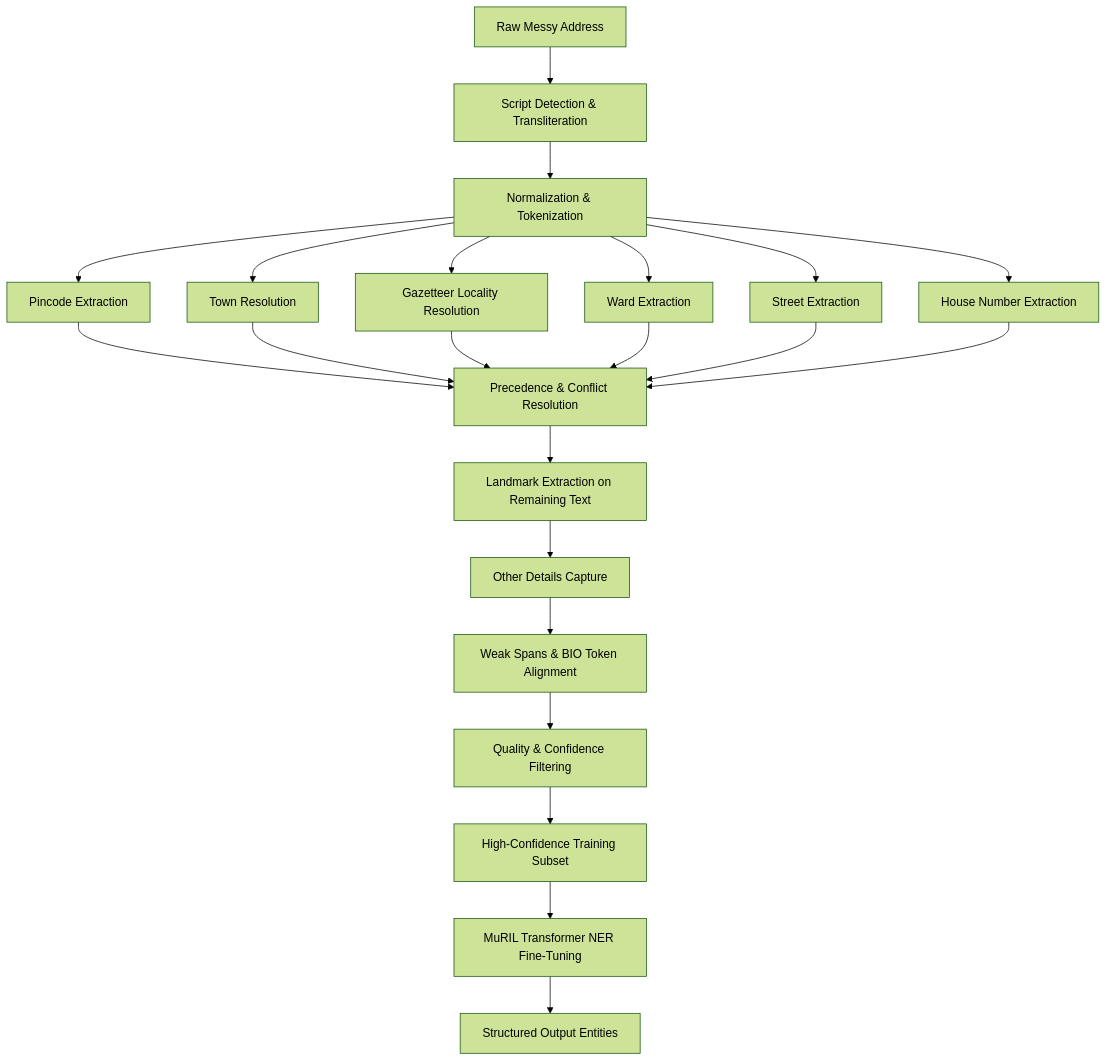
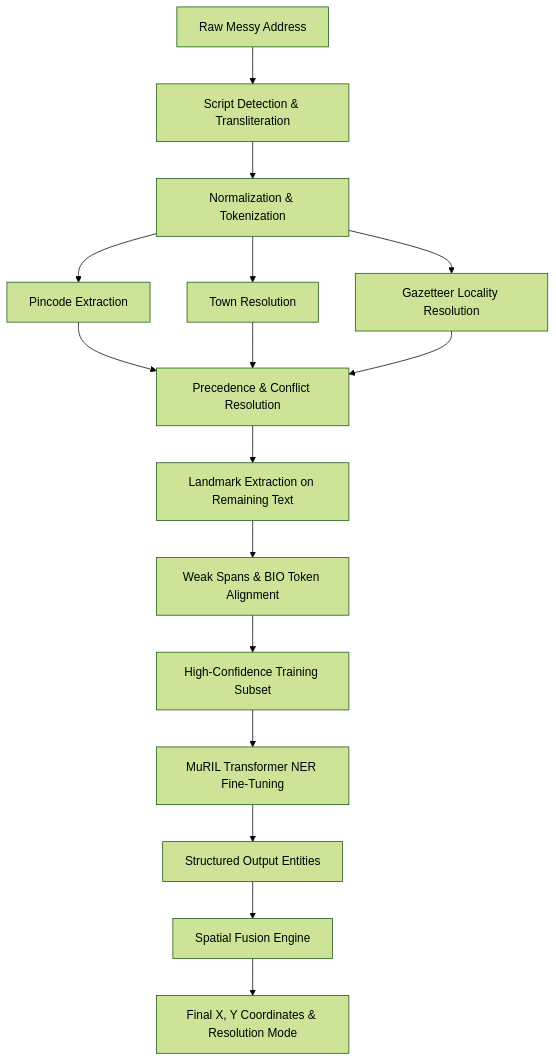
The diagram in README.md (CodexTanishq/Address-Parser-for-Geoencoder), drawn with Mermaid (forest theme) before and after one commit. The commit also changed other lines of this file, not shown here.

````diff
--- a/README.md
+++ b/README.md
@@ -82,19 +72,17 @@
 ```mermaid
 graph TD
     Raw[Raw Messy Address] --> Translit[Script Detection & Transliteration]
     Translit --> Norm[Normalization & Tokenization]
     Norm --> Pin[Pincode Extraction]
     Norm --> Town[Town Resolution]
     Norm --> Loc[Gazetteer Locality Resolution]
-    Norm --> Ward[Ward Extraction]
-    Norm --> Street[Street Extraction]
-    Norm --> HNo[House Number Extraction]
-    Pin & Town & Loc & Ward & Street & HNo --> Protect[Precedence & Conflict Resolution]
+    Pin & Town & Loc --> Protect[Precedence & Conflict Resolution]
     Protect --> Landmark[Landmark Extraction on Remaining Text]
-    Landmark --> Other[Other Details Capture]
-    Other --> Weak[Weak Spans & BIO Token Alignment]
-    Weak --> Filter[Quality & Confidence Filtering]
-    Filter --> TrainData[High-Confidence Training Subset]
+    Landmark --> Weak[Weak Spans & BIO Token Alignment]
+    Weak --> TrainData[High-Confidence Training Subset]
     TrainData --> MuRIL[MuRIL Transformer NER Fine-Tuning]
     MuRIL --> Struct[Structured Output Entities]
+    Struct --> Fusion[Spatial Fusion Engine]
+    Fusion --> Coords[Final X, Y Coordinates & Resolution Mode]
+
 ```
````
